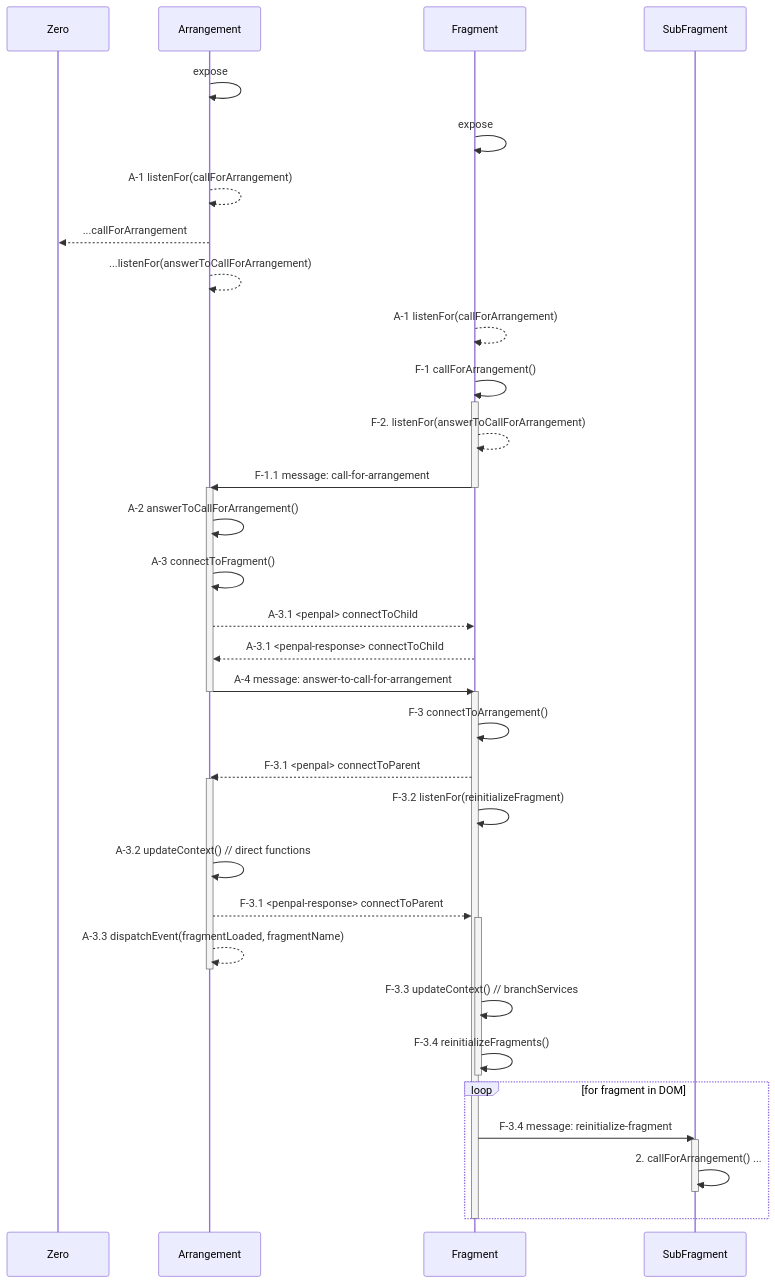
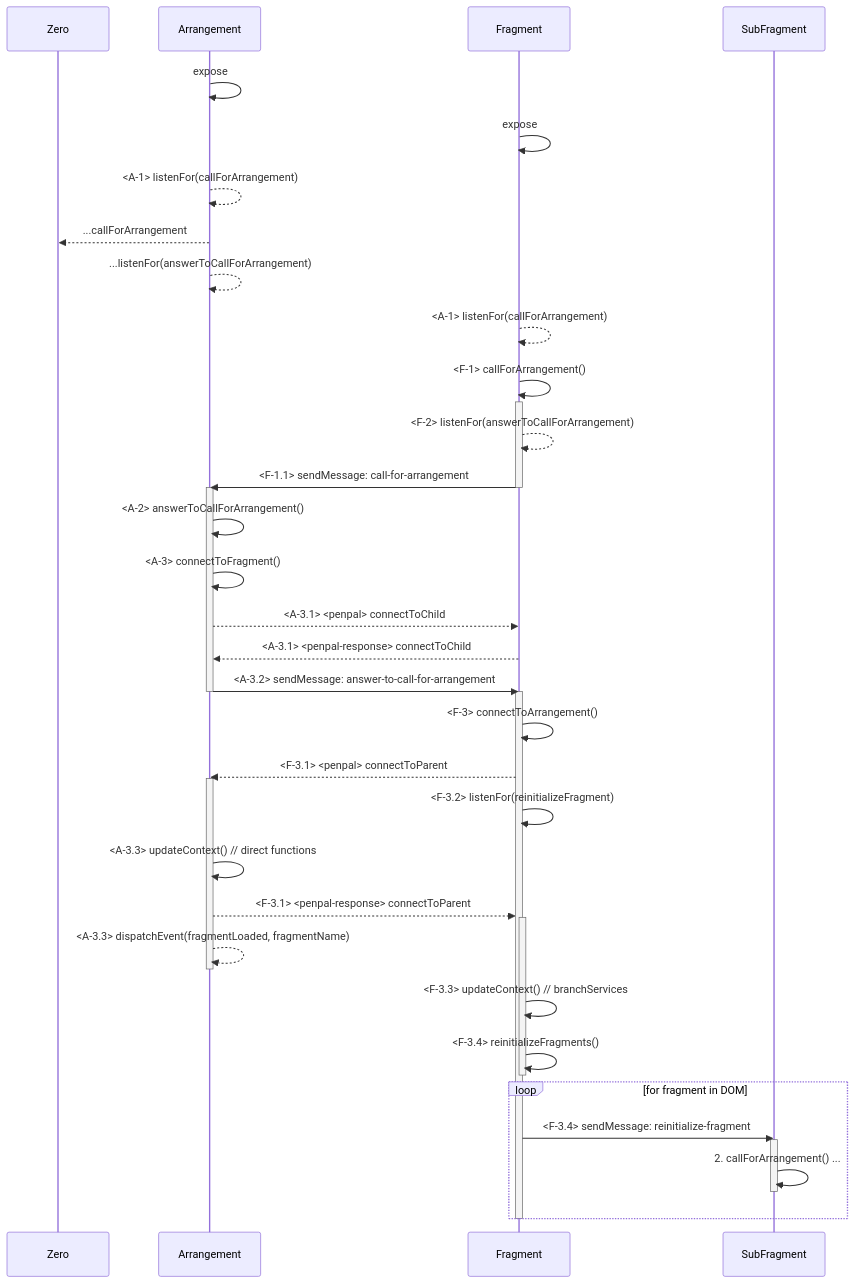
Before and after one commit to SICKAG/collage: the diagram in src/core/handshake-plugin/HANDSHAKE.md, drawn with Mermaid. The commit also changed other lines of this file and 4 other files, not shown here.

````diff
--- a/src/core/handshake-plugin/HANDSHAKE.md
+++ b/src/core/handshake-plugin/HANDSHAKE.md
@@ -18,55 +41,55 @@
 ```mermaid
 sequenceDiagram
     participant Zero
     participant Arrangement
     participant Fragment
     participant SubFragment
 
 
 
     Arrangement ->> Arrangement: expose
     Fragment ->> Fragment: expose
-    Arrangement -->> Arrangement: A-1 listenFor(callForArrangement)
+    Arrangement -->> Arrangement: <A-1> listenFor(callForArrangement)
     Arrangement -->> Zero: ...callForArrangement
     Arrangement -->> Arrangement: ...listenFor(answerToCallForArrangement)
    
-    Fragment -->> Fragment: A-1 listenFor(callForArrangement)
-    Fragment ->> Fragment: F-1 callForArrangement()
+    Fragment -->> Fragment: <A-1> listenFor(callForArrangement)
+    Fragment ->> Fragment: <F-1> callForArrangement()
     
     activate Fragment
-        Fragment -->> Fragment: F-2. listenFor(answerToCallForArrangement)
-        Fragment ->> Arrangement: F-1.1 message: call-for-arrangement
+        Fragment -->> Fragment: <F-2> listenFor(answerToCallForArrangement)
+        Fragment ->> Arrangement: <F-1.1> sendMessage: call-for-arrangement
     deactivate Fragment
     
     activate Arrangement
-        Arrangement ->>Arrangement: A-2 answerToCallForArrangement()
-        Arrangement ->> Arrangement: A-3 connectToFragment()
-        Arrangement -->> Fragment: A-3.1 <penpal> connectToChild
-        Fragment -->> Arrangement: A-3.1 <penpal-response> connectToChild
-        Arrangement ->> Fragment: A-4 message: answer-to-call-for-arrangement
+        Arrangement ->> Arrangement: <A-2> answerToCallForArrangement()
+        Arrangement ->> Arrangement: <A-3> connectToFragment()
+        Arrangement -->> Fragment: <A-3.1> <penpal> connectToChild
+        Fragment -->> Arrangement: <A-3.1> <penpal-response> connectToChild
+        Arrangement ->> Fragment: <A-3.2> sendMessage: answer-to-call-for-arrangement
     deactivate Arrangement
     
     activate Fragment
-        Fragment ->> Fragment: F-3 connectToArrangement()
-        Fragment -->> Arrangement: F-3.1 <penpal> connectToParent
+        Fragment ->> Fragment: <F-3> connectToArrangement()
+        Fragment -->> Arrangement: <F-3.1> <penpal> connectToParent
         activate Arrangement
-            Fragment->>Fragment: F-3.2 listenFor(reinitializeFragment)
-            Arrangement->>Arrangement: A-3.2 updateContext() // direct functions
-            Arrangement -->> Fragment: F-3.1 <penpal-response> connectToParent
+            Fragment->>Fragment: <F-3.2> listenFor(reinitializeFragment)
+            Arrangement->>Arrangement: <A-3.3> updateContext() // direct functions
+            Arrangement -->> Fragment: <F-3.1> <penpal-response> connectToParent
             
             activate Fragment
-                Arrangement -->> Arrangement: A-3.3 dispatchEvent(fragmentLoaded, fragmentName)
+                Arrangement -->> Arrangement: <A-3.3> dispatchEvent(fragmentLoaded, fragmentName)
         deactivate Arrangement
-                Fragment->>Fragment: F-3.3 updateContext() // branchServices
-                Fragment ->> Fragment: F-3.4 reinitializeFragments()
+                Fragment->>Fragment: <F-3.3> updateContext() // branchServices
+                Fragment ->> Fragment: <F-3.4> reinitializeFragments()
             deactivate Fragment
         
         loop for fragment in DOM
-            Fragment ->> SubFragment: F-3.4 message: reinitialize-fragment
+            Fragment ->> SubFragment: <F-3.4> sendMessage: reinitialize-fragment
             activate SubFragment
                 SubFragment->> SubFragment: 2. callForArrangement() ...
             deactivate SubFragment
         end
     deactivate Fragment
 
 ```
````
